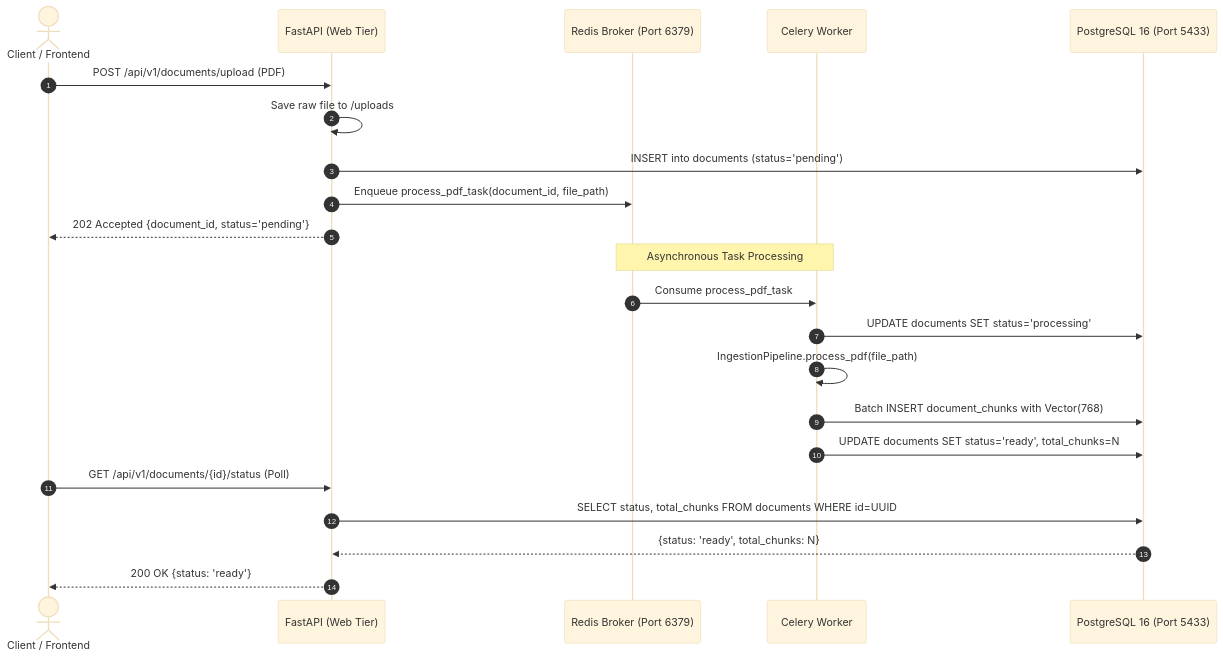
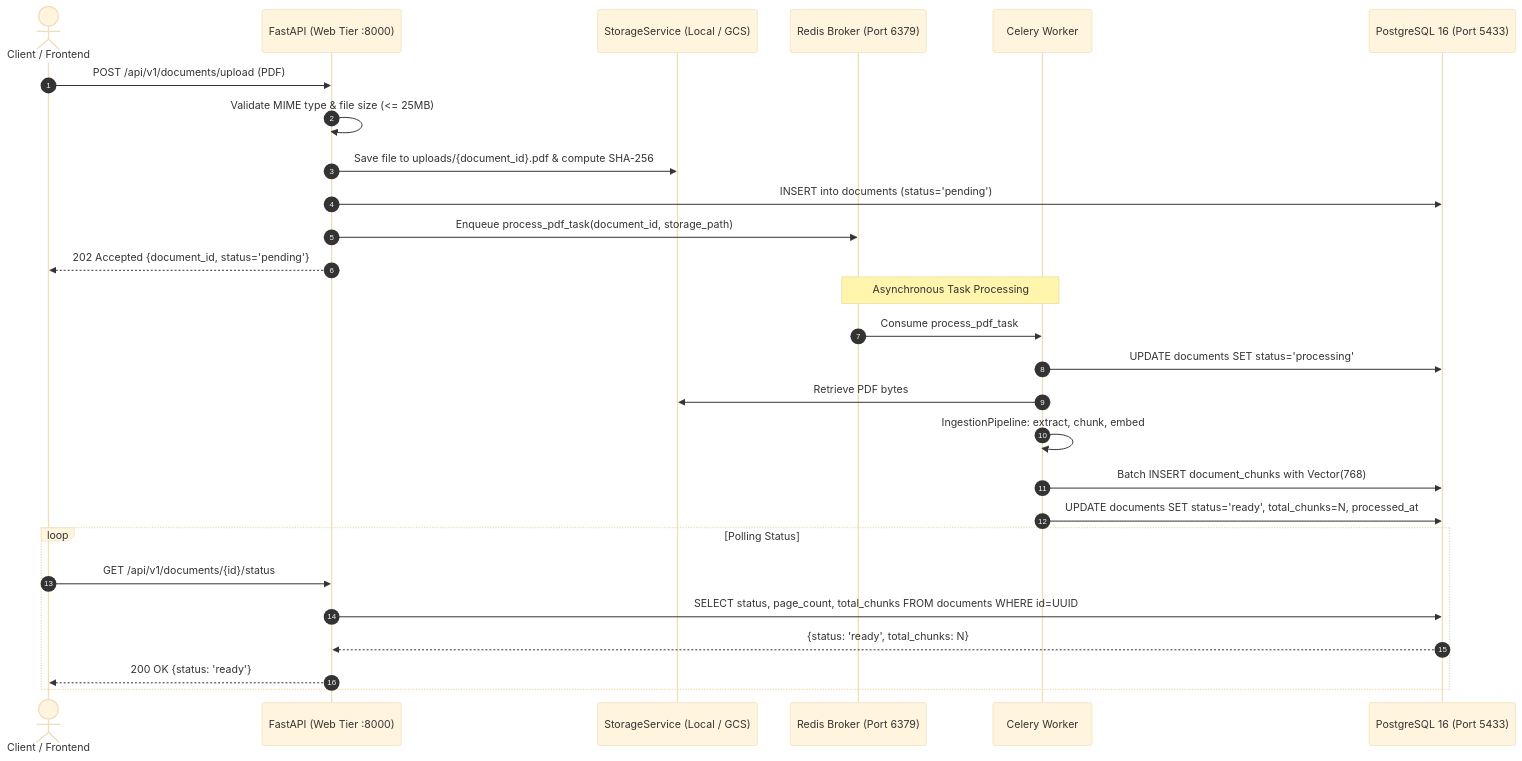
The second of 2 diagrams in docs/INGESTION_AND_WORKERS.md (ConsoleCzar-2/Scanity), drawn with Mermaid (base theme) before and after one commit. The commit also changed other lines of this file and 12 other files, not shown here.

Commit message:
Implemented document upload API, asynchronous Celery processing pipeline, and associated database schemas

````diff
--- a/docs/INGESTION_AND_WORKERS.md
+++ b/docs/INGESTION_AND_WORKERS.md
@@ -95,27 +97,32 @@
 ```mermaid
 sequenceDiagram
     autonumber
     actor Client as Client / Frontend
-    participant API as FastAPI (Web Tier)
+    participant API as FastAPI (Web Tier :8000)
+    participant Storage as StorageService (Local / GCS)
     participant Redis as Redis Broker (Port 6379)
     participant Worker as Celery Worker
     participant DB as PostgreSQL 16 (Port 5433)
 
     Client->>API: POST /api/v1/documents/upload (PDF)
-    API->>API: Save raw file to /uploads
+    API->>API: Validate MIME type & file size (<= 25MB)
+    API->>Storage: Save file to uploads/{document_id}.pdf & compute SHA-256
     API->>DB: INSERT into documents (status='pending')
-    API->>Redis: Enqueue process_pdf_task(document_id, file_path)
+    API->>Redis: Enqueue process_pdf_task(document_id, storage_path)
     API-->>Client: 202 Accepted {document_id, status='pending'}
 
     Note over Redis, Worker: Asynchronous Task Processing
     Redis->>Worker: Consume process_pdf_task
     Worker->>DB: UPDATE documents SET status='processing'
-    Worker->>Worker: IngestionPipeline.process_pdf(file_path)
+    Worker->>Storage: Retrieve PDF bytes
+    Worker->>Worker: IngestionPipeline: extract, chunk, embed
     Worker->>DB: Batch INSERT document_chunks with Vector(768)
-    Worker->>DB: UPDATE documents SET status='ready', total_chunks=N
+    Worker->>DB: UPDATE documents SET status='ready', total_chunks=N, processed_at
     
-    Client->>API: GET /api/v1/documents/{id}/status (Poll)
-    API->>DB: SELECT status, total_chunks FROM documents WHERE id=UUID
-    DB-->>API: {status: 'ready', total_chunks: N}
-    API-->>Client: 200 OK {status: 'ready'}
+    loop Polling Status
+        Client->>API: GET /api/v1/documents/{id}/status
+        API->>DB: SELECT status, page_count, total_chunks FROM documents WHERE id=UUID
+        DB-->>API: {status: 'ready', total_chunks: N}
+        API-->>Client: 200 OK {status: 'ready'}
+    end
 ```
````
